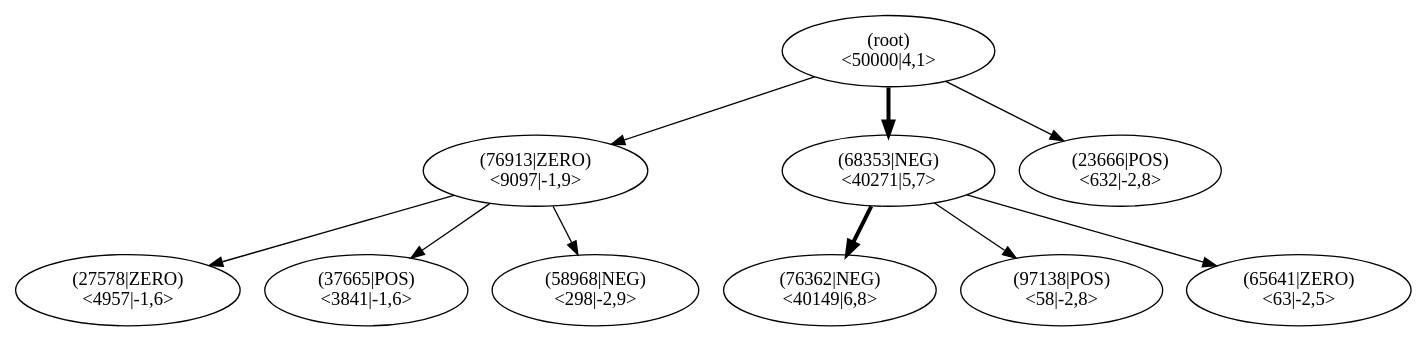
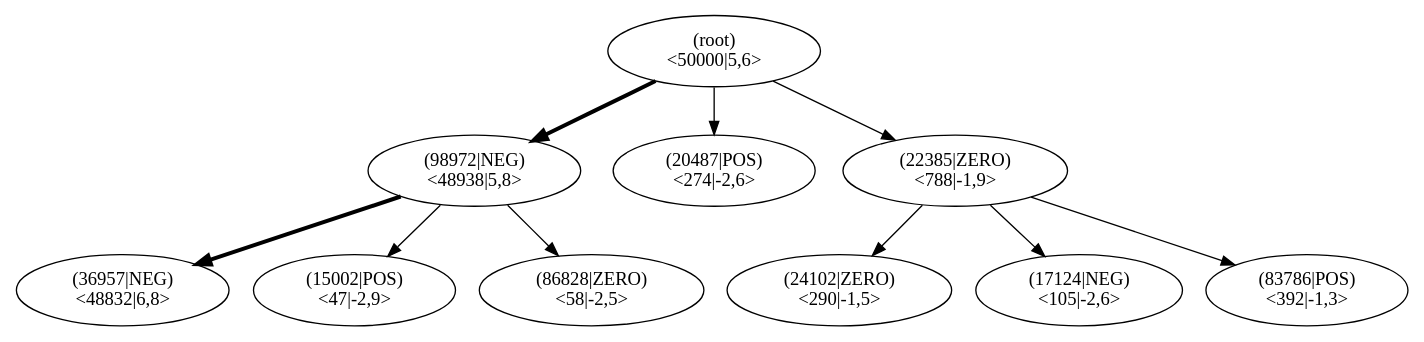
Before and after one commit to JonasHellgren/relexp-java: the diagram in pictures/ch13/lane_runner_mcts.dot, drawn with Graphviz. The commit also changed 37 other files, not shown here.

```diff
--- a/pictures/ch13/lane_runner_mcts.dot
+++ b/pictures/ch13/lane_runner_mcts.dot
@@ -1,32 +1,32 @@
 digraph MCTS {
 node [shape=ellipse];
 Nroot [label="(root)
-<50000|4,1>"];
-Nroot -> N76913[penwidth=1];
-N76913 [label="(76913|ZERO)
-<9097|-1,9>"];
-N76913 -> N27578[penwidth=1];
-N27578 [label="(27578|ZERO)
-<4957|-1,6>"];
-N76913 -> N37665[penwidth=1];
-N37665 [label="(37665|POS)
-<3841|-1,6>"];
-N76913 -> N58968[penwidth=1];
-N58968 [label="(58968|NEG)
-<298|-2,9>"];
-Nroot -> N68353[penwidth=3];
-N68353 [label="(68353|NEG)
-<40271|5,7>"];
-N68353 -> N76362[penwidth=3];
-N76362 [label="(76362|NEG)
-<40149|6,8>"];
-N68353 -> N97138[penwidth=1];
-N97138 [label="(97138|POS)
-<58|-2,8>"];
-N68353 -> N65641[penwidth=1];
-N65641 [label="(65641|ZERO)
-<63|-2,5>"];
-Nroot -> N23666[penwidth=1];
-N23666 [label="(23666|POS)
-<632|-2,8>"];
+<50000|5,6>"];
+Nroot -> N98972[penwidth=3];
+N98972 [label="(98972|NEG)
+<48938|5,8>"];
+N98972 -> N36957[penwidth=3];
+N36957 [label="(36957|NEG)
+<48832|6,8>"];
+N98972 -> N15002[penwidth=1];
+N15002 [label="(15002|POS)
+<47|-2,9>"];
+N98972 -> N86828[penwidth=1];
+N86828 [label="(86828|ZERO)
+<58|-2,5>"];
+Nroot -> N20487[penwidth=1];
+N20487 [label="(20487|POS)
+<274|-2,6>"];
+Nroot -> N22385[penwidth=1];
+N22385 [label="(22385|ZERO)
+<788|-1,9>"];
+N22385 -> N24102[penwidth=1];
+N24102 [label="(24102|ZERO)
+<290|-1,5>"];
+N22385 -> N17124[penwidth=1];
+N17124 [label="(17124|NEG)
+<105|-2,6>"];
+N22385 -> N83786[penwidth=1];
+N83786 [label="(83786|POS)
+<392|-1,3>"];
 }
```
